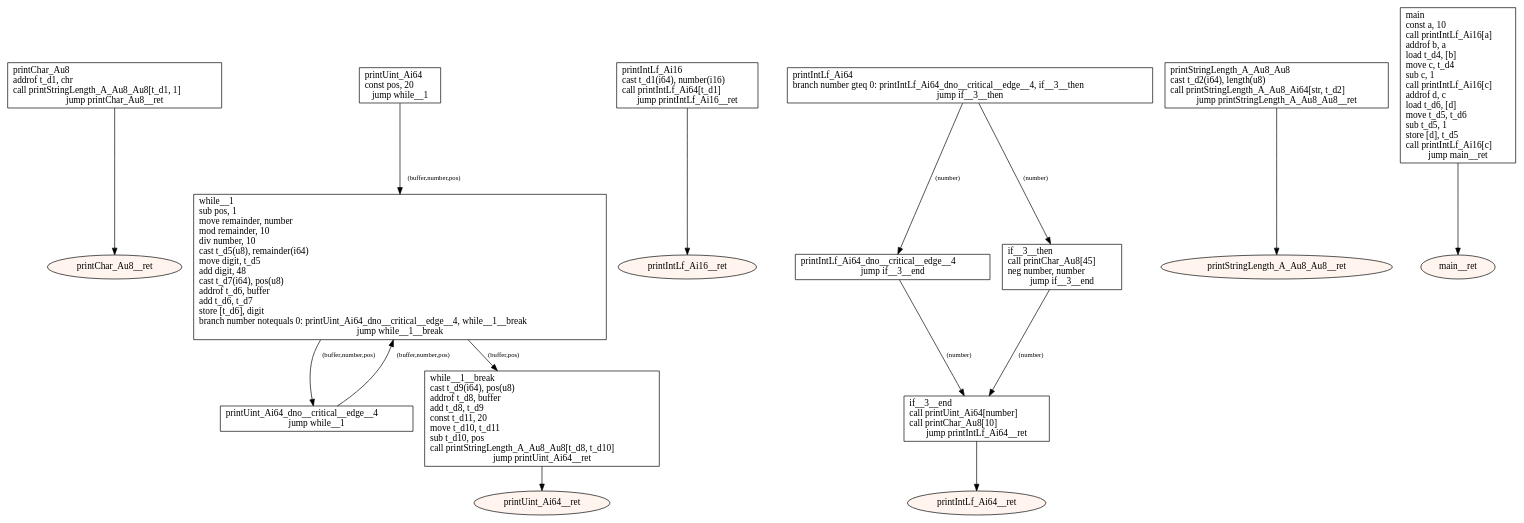
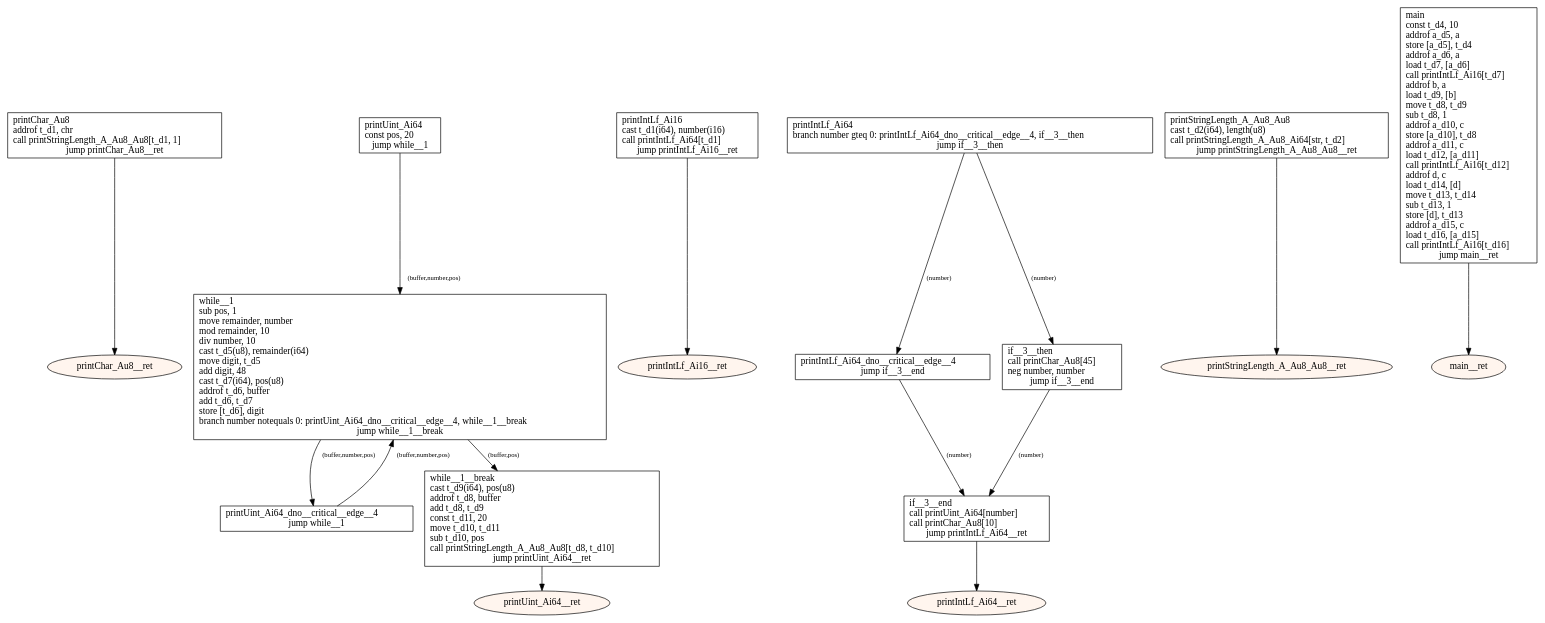
Before and after one commit to tmssngr/tinyC: the diagram in src/main/resources-test/compiler/windows/pointers.dot, drawn with Graphviz. The commit also changed 52 other files, not shown here.

```diff
--- a/src/main/resources-test/compiler/windows/pointers.dot
+++ b/src/main/resources-test/compiler/windows/pointers.dot
@@ -1,47 +1,47 @@
 digraph program {
 	edge[fontsize="10pt"];
 	subgraph fn_printChar_Au8 {
 		BasicBlock_0_printChar_Au8 [label="printChar_Au8\laddrof t_d1, chr\lcall printStringLength_A_Au8_Au8[t_d1, 1]\ljump printChar_Au8__ret",shape=box];
 		BasicBlock_0_printChar_Au8 -> BasicBlock_0_printChar_Au8__ret;
 		BasicBlock_0_printChar_Au8__ret [label="printChar_Au8__ret",shape=oval,style=filled,fillcolor="#fff5ee"];
 	}
 	subgraph fn_printUint_Ai64 {
 		BasicBlock_1_printUint_Ai64 [label="printUint_Ai64\lconst pos, 20\ljump while__1",shape=box];
 		BasicBlock_1_printUint_Ai64 -> BasicBlock_1_while__1 [label="(buffer,number,pos)"];
 		BasicBlock_1_printUint_Ai64_dno__critical__edge__4 [label="printUint_Ai64_dno__critical__edge__4\ljump while__1",shape=box];
 		BasicBlock_1_printUint_Ai64_dno__critical__edge__4 -> BasicBlock_1_while__1 [label="(buffer,number,pos)"];
 		BasicBlock_1_while__1 [label="while__1\lsub pos, 1\lmove remainder, number\lmod remainder, 10\ldiv number, 10\lcast t_d5(u8), remainder(i64)\lmove digit, t_d5\ladd digit, 48\lcast t_d7(i64), pos(u8)\laddrof t_d6, buffer\ladd t_d6, t_d7\lstore [t_d6], digit\lbranch number notequals 0: printUint_Ai64_dno__critical__edge__4, while__1__break\ljump while__1__break",shape=box];
 		BasicBlock_1_while__1 -> BasicBlock_1_printUint_Ai64_dno__critical__edge__4 [label="(buffer,number,pos)"];
 		BasicBlock_1_while__1 -> BasicBlock_1_while__1__break [label="(buffer,pos)"];
 		BasicBlock_1_while__1__break [label="while__1__break\lcast t_d9(i64), pos(u8)\laddrof t_d8, buffer\ladd t_d8, t_d9\lconst t_d11, 20\lmove t_d10, t_d11\lsub t_d10, pos\lcall printStringLength_A_Au8_Au8[t_d8, t_d10]\ljump printUint_Ai64__ret",shape=box];
 		BasicBlock_1_while__1__break -> BasicBlock_1_printUint_Ai64__ret;
 		BasicBlock_1_printUint_Ai64__ret [label="printUint_Ai64__ret",shape=oval,style=filled,fillcolor="#fff5ee"];
 	}
 	subgraph fn_printIntLf_Ai16 {
 		BasicBlock_2_printIntLf_Ai16 [label="printIntLf_Ai16\lcast t_d1(i64), number(i16)\lcall printIntLf_Ai64[t_d1]\ljump printIntLf_Ai16__ret",shape=box];
 		BasicBlock_2_printIntLf_Ai16 -> BasicBlock_2_printIntLf_Ai16__ret;
 		BasicBlock_2_printIntLf_Ai16__ret [label="printIntLf_Ai16__ret",shape=oval,style=filled,fillcolor="#fff5ee"];
 	}
 	subgraph fn_printIntLf_Ai64 {
 		BasicBlock_3_printIntLf_Ai64 [label="printIntLf_Ai64\lbranch number gteq 0: printIntLf_Ai64_dno__critical__edge__4, if__3__then\ljump if__3__then",shape=box];
 		BasicBlock_3_printIntLf_Ai64 -> BasicBlock_3_printIntLf_Ai64_dno__critical__edge__4 [label="(number)"];
 		BasicBlock_3_printIntLf_Ai64 -> BasicBlock_3_if__3__then [label="(number)"];
 		BasicBlock_3_printIntLf_Ai64_dno__critical__edge__4 [label="printIntLf_Ai64_dno__critical__edge__4\ljump if__3__end",shape=box];
 		BasicBlock_3_printIntLf_Ai64_dno__critical__edge__4 -> BasicBlock_3_if__3__end [label="(number)"];
 		BasicBlock_3_if__3__then [label="if__3__then\lcall printChar_Au8[45]\lneg number, number\ljump if__3__end",shape=box];
 		BasicBlock_3_if__3__then -> BasicBlock_3_if__3__end [label="(number)"];
 		BasicBlock_3_if__3__end [label="if__3__end\lcall printUint_Ai64[number]\lcall printChar_Au8[10]\ljump printIntLf_Ai64__ret",shape=box];
 		BasicBlock_3_if__3__end -> BasicBlock_3_printIntLf_Ai64__ret;
 		BasicBlock_3_printIntLf_Ai64__ret [label="printIntLf_Ai64__ret",shape=oval,style=filled,fillcolor="#fff5ee"];
 	}
 	subgraph fn_printStringLength_A_Au8_Au8 {
 		BasicBlock_4_printStringLength_A_Au8_Au8 [label="printStringLength_A_Au8_Au8\lcast t_d2(i64), length(u8)\lcall printStringLength_A_Au8_Ai64[str, t_d2]\ljump printStringLength_A_Au8_Au8__ret",shape=box];
 		BasicBlock_4_printStringLength_A_Au8_Au8 -> BasicBlock_4_printStringLength_A_Au8_Au8__ret;
 		BasicBlock_4_printStringLength_A_Au8_Au8__ret [label="printStringLength_A_Au8_Au8__ret",shape=oval,style=filled,fillcolor="#fff5ee"];
 	}
 	subgraph fn_main {
-		BasicBlock_5_main [label="main\lconst a, 10\lcall printIntLf_Ai16[a]\laddrof b, a\lload t_d4, [b]\lmove c, t_d4\lsub c, 1\lcall printIntLf_Ai16[c]\laddrof d, c\lload t_d6, [d]\lmove t_d5, t_d6\lsub t_d5, 1\lstore [d], t_d5\lcall printIntLf_Ai16[c]\ljump main__ret",shape=box];
+		BasicBlock_5_main [label="main\lconst t_d4, 10\laddrof a_d5, a\lstore [a_d5], t_d4\laddrof a_d6, a\lload t_d7, [a_d6]\lcall printIntLf_Ai16[t_d7]\laddrof b, a\lload t_d9, [b]\lmove t_d8, t_d9\lsub t_d8, 1\laddrof a_d10, c\lstore [a_d10], t_d8\laddrof a_d11, c\lload t_d12, [a_d11]\lcall printIntLf_Ai16[t_d12]\laddrof d, c\lload t_d14, [d]\lmove t_d13, t_d14\lsub t_d13, 1\lstore [d], t_d13\laddrof a_d15, c\lload t_d16, [a_d15]\lcall printIntLf_Ai16[t_d16]\ljump main__ret",shape=box];
 		BasicBlock_5_main -> BasicBlock_5_main__ret;
 		BasicBlock_5_main__ret [label="main__ret",shape=oval,style=filled,fillcolor="#fff5ee"];
 	}
 }
```
